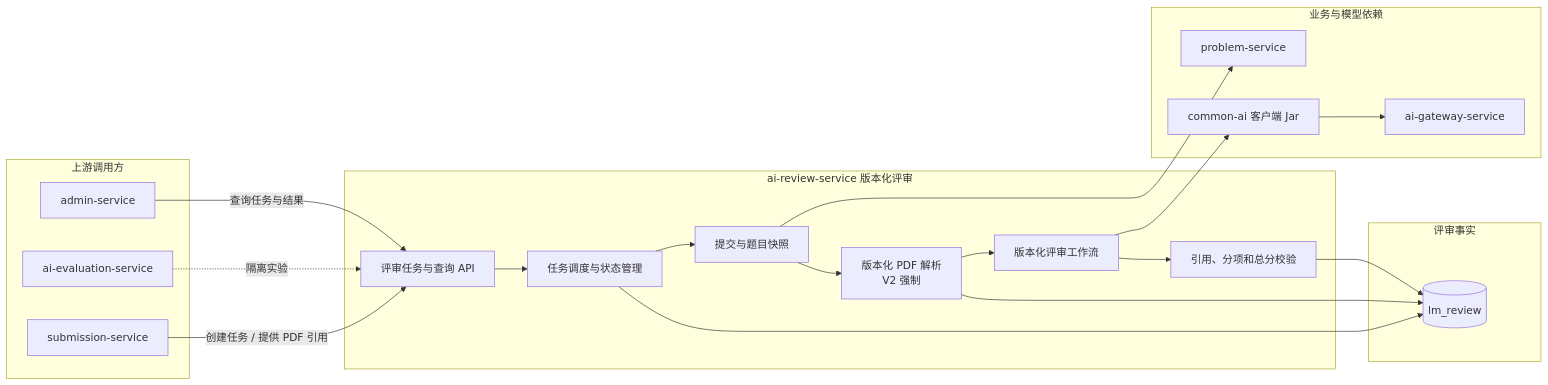
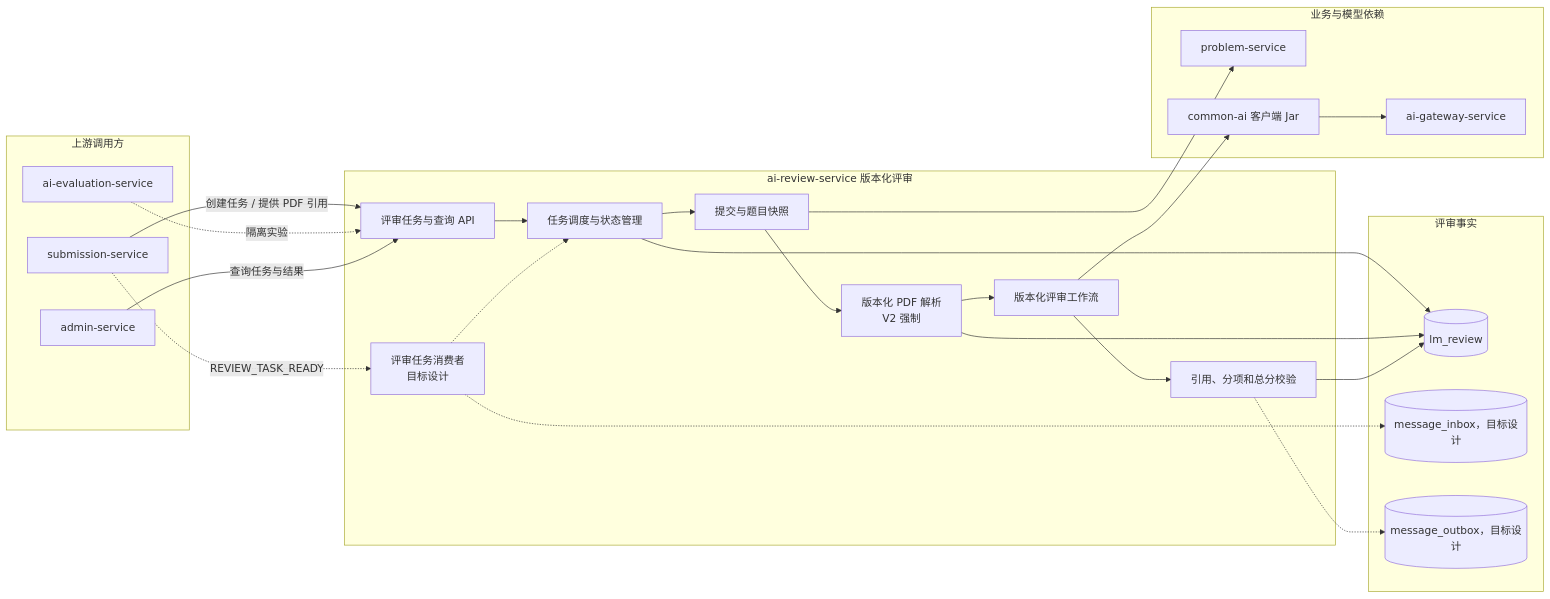
One commit to Dorian7Alden/LeetModel changed the diagram in docs/project/03-微服务设计/ai-review-service/README.md. Above: the diagram before and after it, drawn with Mermaid. The commit also changed other lines of this file and 11 other files, not shown here.

````diff
--- a/docs/project/03-微服务设计/ai-review-service/README.md
+++ b/docs/project/03-微服务设计/ai-review-service/README.md
@@ -12,39 +12,47 @@
 ```mermaid
 flowchart LR
     subgraph callers["上游调用方"]
         submissionService["submission-service"]
         evaluationService["ai-evaluation-service"]
         adminService["admin-service"]
     end
 
     subgraph review["ai-review-service 版本化评审"]
         taskApi["评审任务与查询 API"]
+        mqConsumer["评审任务消费者<br/>目标设计"]
         scheduler["任务调度与状态管理"]
         inputPreparation["提交与题目快照"]
         pdfParser["版本化 PDF 解析<br/>V2 强制"]
         workflow["版本化评审工作流"]
         resultValidation["引用、分项和总分校验"]
 
-        taskApi --> scheduler --> inputPreparation
+        taskApi --> scheduler
+        mqConsumer -.-> scheduler
+        scheduler --> inputPreparation
         inputPreparation --> pdfParser --> workflow --> resultValidation
     end
 
     subgraph dependencies["业务与模型依赖"]
         problemService["problem-service"]
         commonAi["common-ai 客户端 Jar"]
         aiGateway["ai-gateway-service"]
     end
 
     subgraph data["评审事实"]
         reviewDatabase[(lm_review)]
+        messageInbox[(message_inbox，目标设计)]
+        messageOutbox[(message_outbox，目标设计)]
     end
 
     submissionService -->|"创建任务 / 提供 PDF 引用"| taskApi
+    submissionService -.->|"REVIEW_TASK_READY"| mqConsumer
     evaluationService -.->|"隔离实验"| taskApi
     adminService -->|"查询任务与结果"| taskApi
     inputPreparation --> problemService
     workflow --> commonAi --> aiGateway
     scheduler --> reviewDatabase
     pdfParser --> reviewDatabase
     resultValidation --> reviewDatabase
+    mqConsumer -.-> messageInbox
+    resultValidation -.-> messageOutbox
 ```
````
